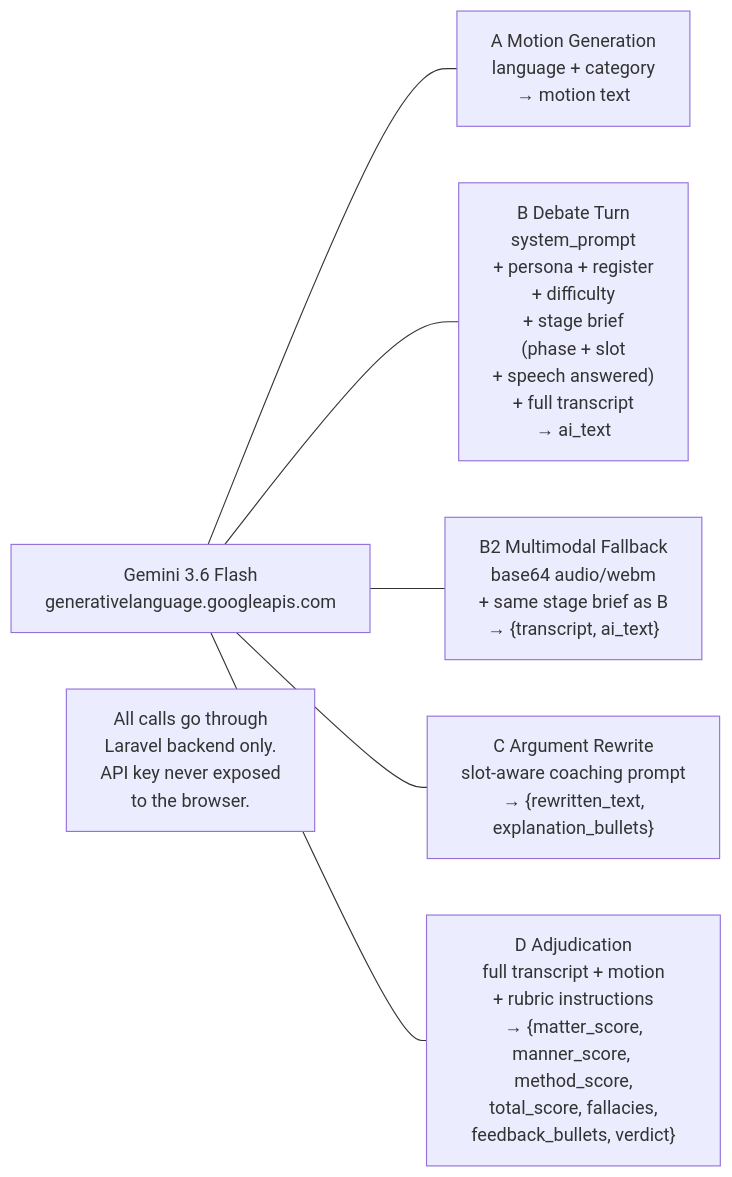
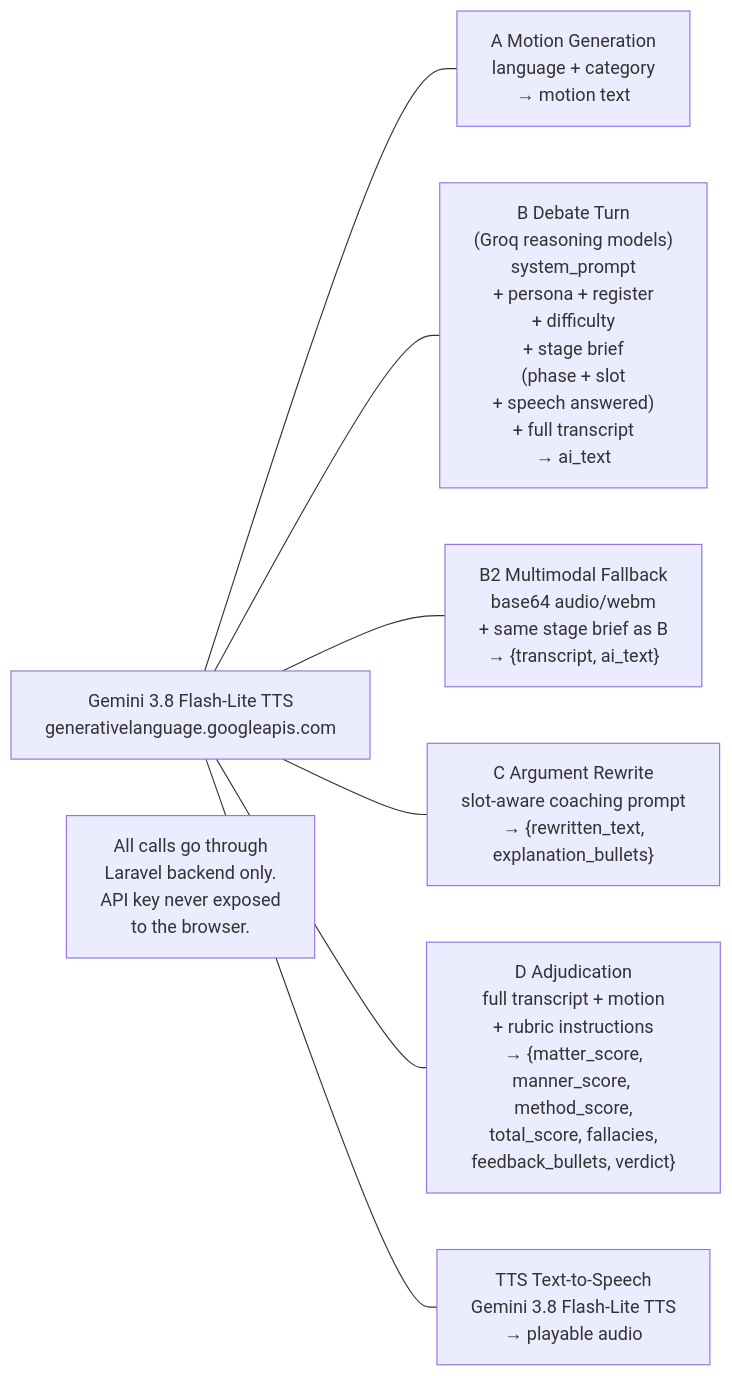
One commit to Atia-Farha/Rostrum changed the third of 6 diagrams in README.md. Above: the diagram before and after it, drawn with Mermaid. The commit also changed other lines of this file and 90 other files, not shown here.

First line of the commit message:
feat(ai): replace AI stack with Groq reasoning/STT, Gemini TTS, and Edge TTS fallback

````diff
--- a/README.md
+++ b/README.md
@@ -442,18 +467,20 @@
 ```mermaid
 flowchart LR
-    GEM["Gemini 3.6 Flash\ngenerativelanguage.googleapis.com"]
+    GEM["Gemini 3.8 Flash-Lite TTS\ngenerativelanguage.googleapis.com"]
 
     A["A Motion Generation\nlanguage + category\n→ motion text"]
-    B["B Debate Turn\nsystem_prompt\n+ persona + register\n+ difficulty\n+ stage brief\n(phase + slot\n+ speech answered)\n+ full transcript\n→ ai_text"]
+    B["B Debate Turn\n(Groq reasoning models)\nsystem_prompt\n+ persona + register\n+ difficulty\n+ stage brief\n(phase + slot\n+ speech answered)\n+ full transcript\n→ ai_text"]
     B2["B2 Multimodal Fallback\nbase64 audio/webm\n+ same stage brief as B\n→ {transcript, ai_text}"]
     C["C Argument Rewrite\nslot-aware coaching prompt\n→ {rewritten_text,\nexplanation_bullets}"]
     D["D Adjudication\nfull transcript + motion\n+ rubric instructions\n→ {matter_score,\nmanner_score, method_score,\ntotal_score, fallacies,\nfeedback_bullets, verdict}"]
+    TTS["TTS Text-to-Speech\nGemini 3.8 Flash-Lite TTS\n→ playable audio"]
 
     GEM --- A
     GEM --- B
     GEM --- B2
     GEM --- C
     GEM --- D
+    GEM --- TTS
 
     note1["All calls go through\nLaravel backend only.\nAPI key never exposed\nto the browser."]
 ```
````
